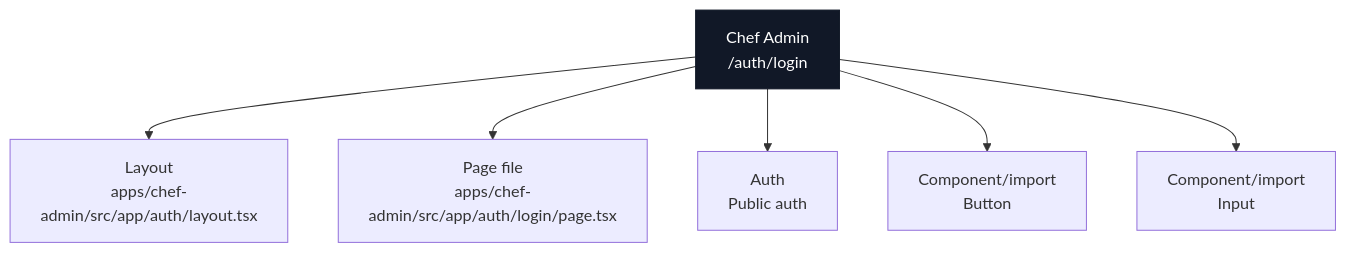
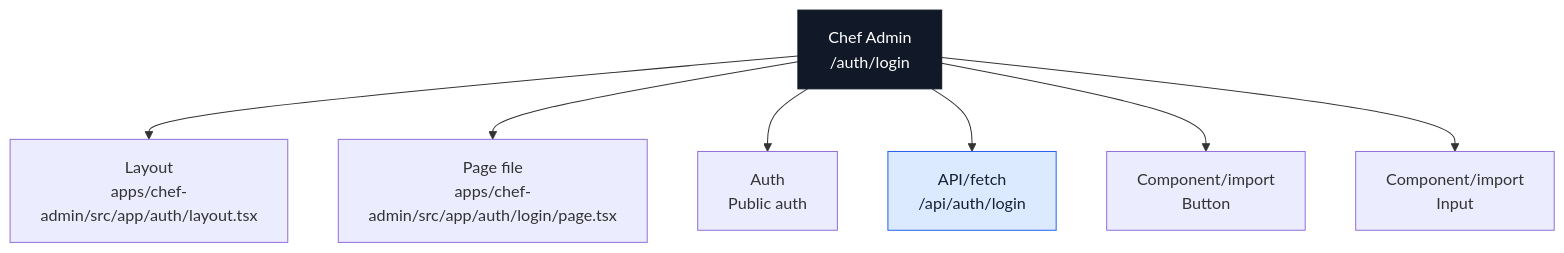
Before and after one commit to Ritenoob/ridendine-marketplace: the second of 17 diagrams in docs/architecture/codebase-map/pages/chef-admin-pages.md, drawn with Mermaid. The commit also changed other lines of this file and 65 other files, not shown here.

````diff
--- a/docs/architecture/codebase-map/pages/chef-admin-pages.md
+++ b/docs/architecture/codebase-map/pages/chef-admin-pages.md
@@ -81,19 +81,22 @@
 ```mermaid
 flowchart TB
   Page["Chef Admin<br/>/auth/login"]
   Layout["Layout<br/>apps/chef-admin/src/app/auth/layout.tsx"]
   File["Page file<br/>apps/chef-admin/src/app/auth/login/page.tsx"]
   Auth["Auth<br/>Public auth"]
   Page --> Layout
   Page --> File
   Page --> Auth
+  Api0["API/fetch<br/>/api/auth/login"]
+  Page --> Api0
   Component0["Component/import<br/>Button"]
   Page --> Component0
   Component1["Component/import<br/>Input"]
   Page --> Component1
   classDef page fill:#111827,stroke:#111827,color:#ffffff
   classDef data fill:#dcfce7,stroke:#16a34a,color:#172033
   classDef api fill:#dbeafe,stroke:#2563eb,color:#172033
   classDef warn fill:#fef3c7,stroke:#f59e0b,color:#172033
   class Page page
+  class Api0 api
 ```
````
